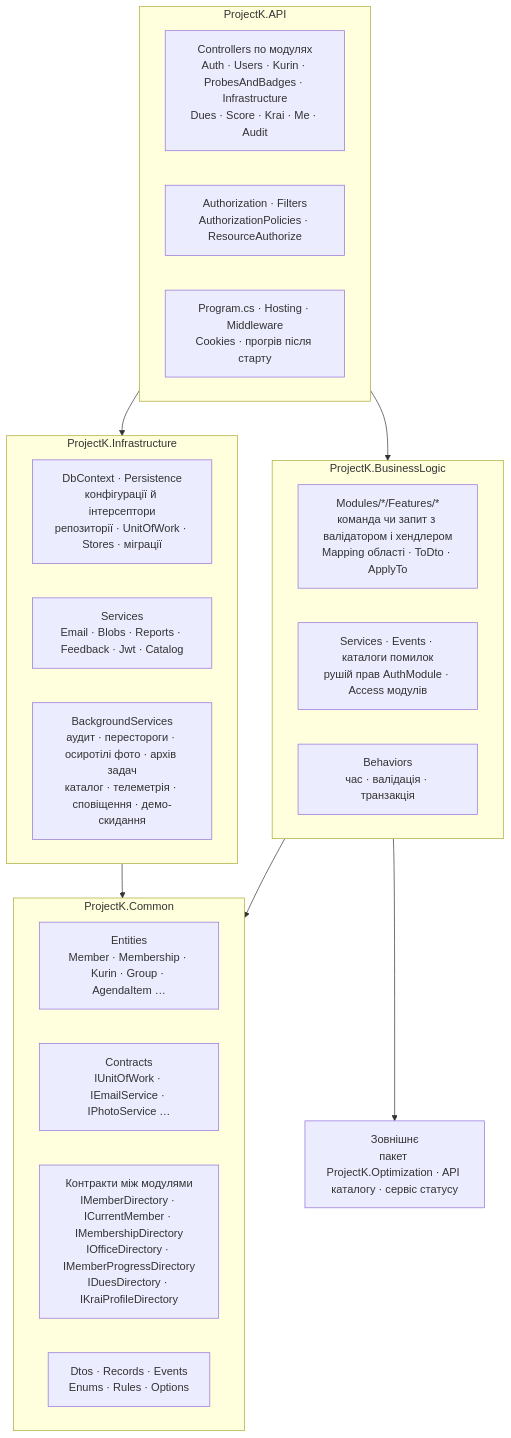
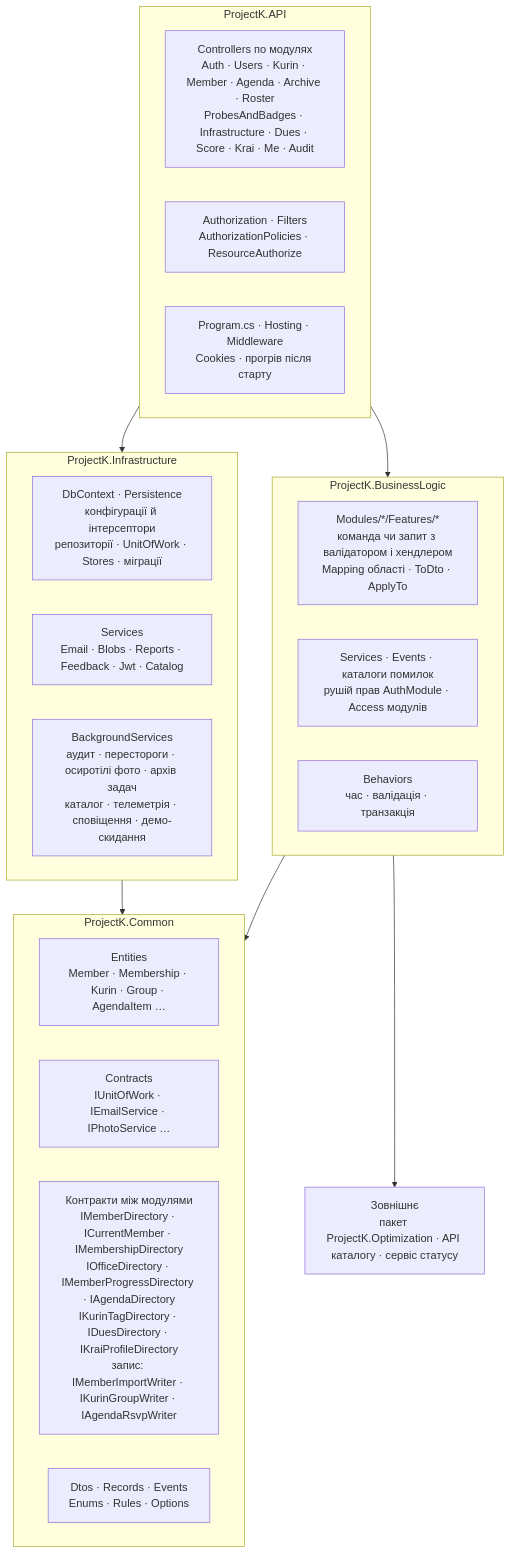
The third of 4 diagrams in docs/dev/core/architecture-diagrams.md (lileyka-app/Project-K), drawn with Mermaid before and after one commit. The commit also changed other lines of this file and 1 other file, not shown here.

````diff
--- a/docs/dev/core/architecture-diagrams.md
+++ b/docs/dev/core/architecture-diagrams.md
@@ -113,39 +119,39 @@
 ```mermaid
 flowchart TB
     subgraph API["ProjectK.API"]
         direction LR
-        CTRL["Controllers по модулях<br/>Auth · Users · Kurin · ProbesAndBadges · Infrastructure<br/>Dues · Score · Krai · Me · Audit"]
+        CTRL["Controllers по модулях<br/>Auth · Users · Kurin · Member · Agenda · Archive · Roster<br/>ProbesAndBadges · Infrastructure · Dues · Score · Krai · Me · Audit"]
         POL["Authorization · Filters<br/>AuthorizationPolicies · ResourceAuthorize"]
         DI["Program.cs · Hosting · Middleware<br/>Cookies · прогрів після старту"]
     end
 
     subgraph BL["ProjectK.BusinessLogic"]
         direction LR
         MODS["Modules/*/Features/*<br/>команда чи запит з валідатором і хендлером<br/>Mapping області · ToDto · ApplyTo"]
         SVCS["Services · Events · каталоги помилок<br/>рушій прав AuthModule · Access модулів"]
         BEH["Behaviors<br/>час · валідація · транзакція"]
     end
 
     subgraph COMMON["ProjectK.Common"]
         direction LR
         ENT["Entities<br/>Member · Membership · Kurin · Group · AgendaItem …"]
         IFACE["Contracts<br/>IUnitOfWork · IEmailService · IPhotoService …"]
-        CONTRACTS["Контракти між модулями<br/>IMemberDirectory · ICurrentMember · IMembershipDirectory<br/>IOfficeDirectory · IMemberProgressDirectory<br/>IDuesDirectory · IKraiProfileDirectory"]
+        CONTRACTS["Контракти між модулями<br/>IMemberDirectory · ICurrentMember · IMembershipDirectory<br/>IOfficeDirectory · IMemberProgressDirectory · IAgendaDirectory<br/>IKurinTagDirectory · IDuesDirectory · IKraiProfileDirectory<br/>запис: IMemberImportWriter · IKurinGroupWriter · IAgendaRsvpWriter"]
         KINDS["Dtos · Records · Events<br/>Enums · Rules · Options"]
     end
 
     subgraph INFRA["ProjectK.Infrastructure"]
         direction LR
         DBC["DbContext · Persistence<br/>конфігурації й інтерсептори<br/>репозиторії · UnitOfWork · Stores · міграції"]
         SVC["Services<br/>Email · Blobs · Reports · Feedback · Jwt · Catalog"]
         BG["BackgroundServices<br/>аудит · перестороги · осиротілі фото · архів задач<br/>каталог · телеметрія · сповіщення · демо-скидання"]
     end
 
     EXT["Зовнішнє<br/>пакет ProjectK.Optimization · API каталогу · сервіс статусу"]
 
     API --> BL
     API --> INFRA
     BL --> COMMON
     INFRA --> COMMON
     BL --> EXT
 ```
````
